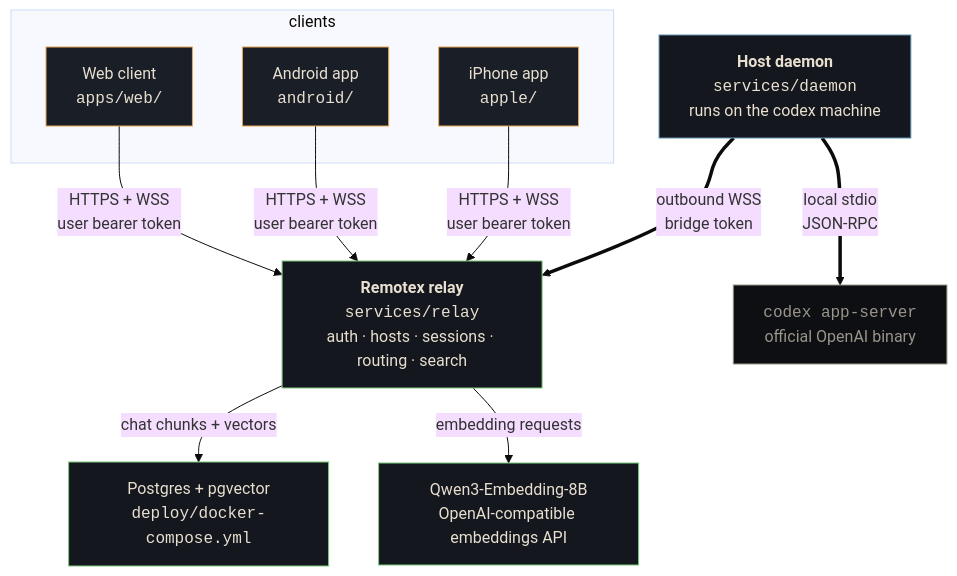
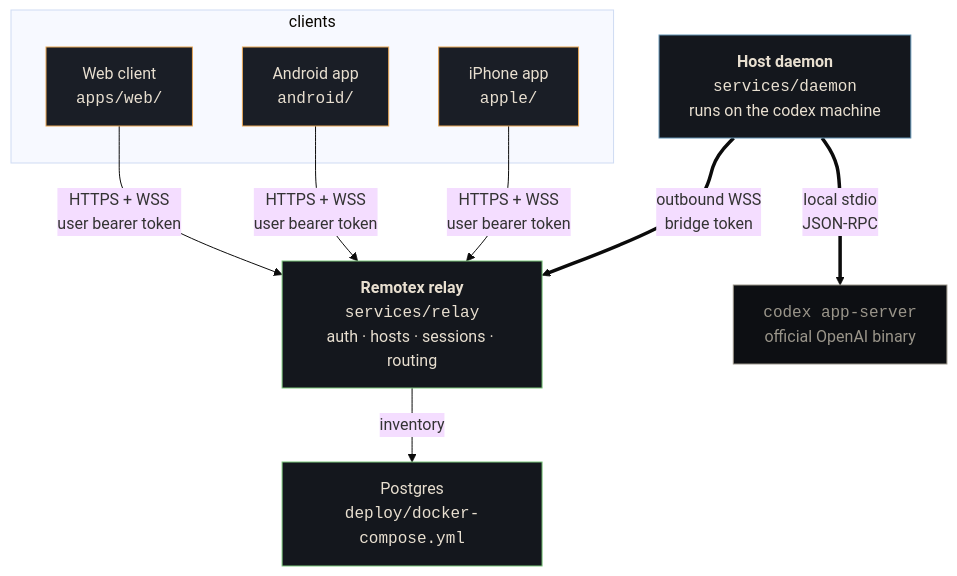
Before and after one commit to CesarPetrescu/remotex: the diagram in README.md, drawn with Mermaid (base theme). The commit also changed other lines of this file and 4 other files, not shown here.

````diff
--- a/README.md
+++ b/README.md
@@ -14,30 +14,28 @@
 ```mermaid
 flowchart TB
     subgraph clients["clients"]
         W["Web client<br/><code>apps/web/</code>"]
         A["Android app<br/><code>android/</code>"]
         I["iPhone app<br/><code>apple/</code>"]
     end
-    R["<b>Remotex relay</b><br/><code>services/relay</code><br/>auth · hosts · sessions · routing · search"]
+    R["<b>Remotex relay</b><br/><code>services/relay</code><br/>auth · hosts · sessions · routing"]
     D["<b>Host daemon</b><br/><code>services/daemon</code><br/>runs on the codex machine"]
     X["<code>codex app-server</code><br/>official OpenAI binary"]
-    P["Postgres + pgvector<br/><code>deploy/docker-compose.yml</code>"]
-    E["Qwen3-Embedding-8B<br/>OpenAI-compatible embeddings API"]
+    P["Postgres<br/><code>deploy/docker-compose.yml</code>"]
 
     W -- "HTTPS + WSS<br/>user bearer token" --> R
     A -- "HTTPS + WSS<br/>user bearer token" --> R
     I -- "HTTPS + WSS<br/>user bearer token" --> R
     D == "outbound WSS<br/>bridge token" ==> R
     D == "local stdio<br/>JSON-RPC" ==> X
-    R -- "chat chunks + vectors" --> P
-    R -- "embedding requests" --> E
+    R -- "inventory" --> P
 
     classDef clientNode fill:#1a1e26,stroke:#e8a756,color:#e8dfd0;
     classDef relayNode fill:#14171d,stroke:#7dc87d,color:#e8dfd0;
     classDef daemonNode fill:#14171d,stroke:#5f8fb0,color:#e8dfd0;
     classDef codexNode fill:#0d0f13,stroke:#9a958a,color:#9a958a;
     class W,A,I clientNode;
-    class R,P,E relayNode;
+    class R,P relayNode;
     class D daemonNode;
     class X codexNode;
 ```
````
